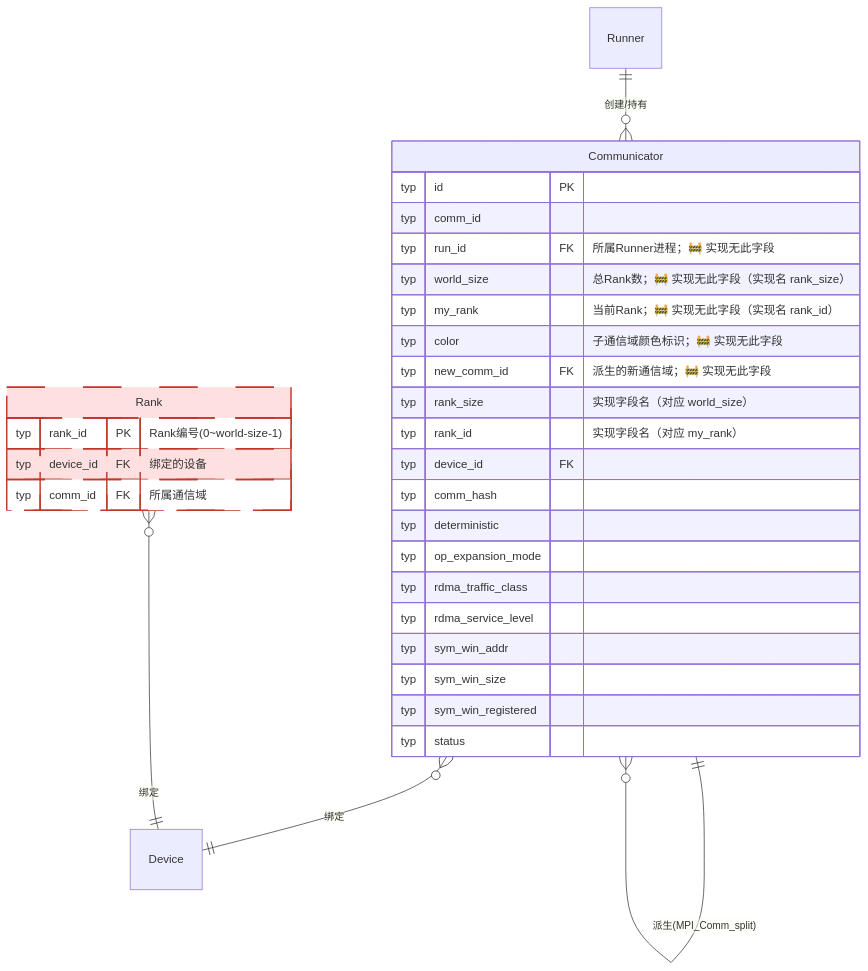
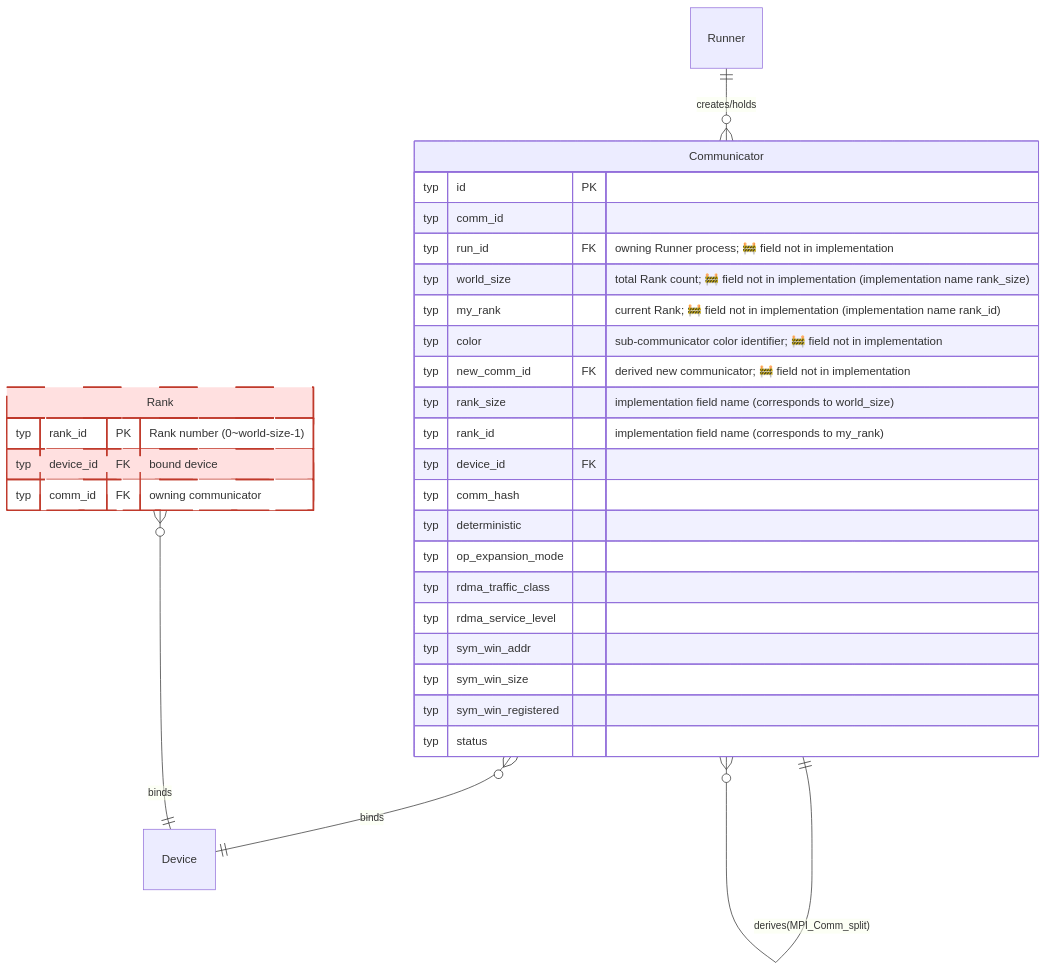
One commit to Atlas-Ascend-Fork/hcomm changed diagram 12 of 19 in test/hccl_vm/docs/simulator_runner_data_model_en.md. Above: the diagram before and after it, drawn with Mermaid. The commit also changed other lines of this file and 73 other files, not shown here.

````diff
--- a/test/hccl_vm/docs/simulator_runner_data_model_en.md
+++ b/test/hccl_vm/docs/simulator_runner_data_model_en.md
@@ -1077,39 +1077,39 @@
 ```mermaid
 erDiagram
     %% ==========================================
-    %% 通信域定义 (HCCL Communicator)
+    %% Communicator Definition (HCCL Communicator)
     %% ==========================================
     Communicator {
         typ id PK
         typ comm_id
-        typ run_id FK "所属Runner进程；🚧 实现无此字段"
-        typ world_size "总Rank数；🚧 实现无此字段（实现名 rank_size）"
-        typ my_rank "当前Rank；🚧 实现无此字段（实现名 rank_id）"
-        typ color "子通信域颜色标识；🚧 实现无此字段"
-        typ new_comm_id FK "派生的新通信域；🚧 实现无此字段"
-        typ rank_size "实现字段名（对应 world_size）"
-        typ rank_id "实现字段名（对应 my_rank）"
+        typ run_id FK "owning Runner process; 🚧 field not in implementation"
+        typ world_size "total Rank count; 🚧 field not in implementation (implementation name rank_size)"
+        typ my_rank "current Rank; 🚧 field not in implementation (implementation name rank_id)"
+        typ color "sub-communicator color identifier; 🚧 field not in implementation"
+        typ new_comm_id FK "derived new communicator; 🚧 field not in implementation"
+        typ rank_size "implementation field name (corresponds to world_size)"
+        typ rank_id "implementation field name (corresponds to my_rank)"
         typ device_id FK
         typ comm_hash
         typ deterministic
         typ op_expansion_mode
         typ rdma_traffic_class
         typ rdma_service_level
         typ sym_win_addr
         typ sym_win_size
         typ sym_win_registered
         typ status
     }
     Rank {
-        typ rank_id PK "Rank编号(0~world-size-1)"
-        typ device_id FK "绑定的设备"
-        typ comm_id FK "所属通信域"
+        typ rank_id PK "Rank number (0~world-size-1)"
+        typ device_id FK "bound device"
+        typ comm_id FK "owning communicator"
     }
-    Runner ||--o{ Communicator : "创建/持有"
-    Communicator }o--|| Device : "绑定"
-    Rank }o--|| Device : "绑定"
-    Communicator ||--o{ Communicator : "派生(MPI_Comm_split)"
+    Runner ||--o{ Communicator : "creates/holds"
+    Communicator }o--|| Device : "binds"
+    Rank }o--|| Device : "binds"
+    Communicator ||--o{ Communicator : "derives(MPI_Comm_split)"
 
     classDef unimplemented fill:#ffe0e0,stroke:#c0392b,stroke-width:2px,stroke-dasharray:5 3
     class Rank unimplemented
 ```
````
